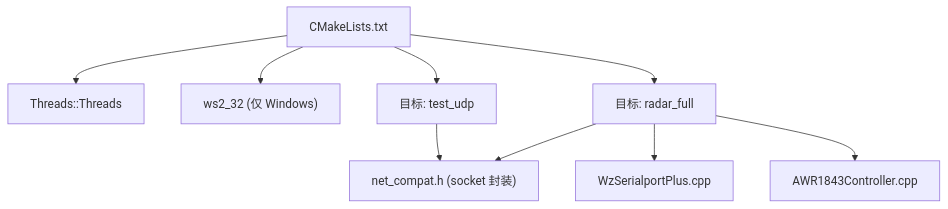
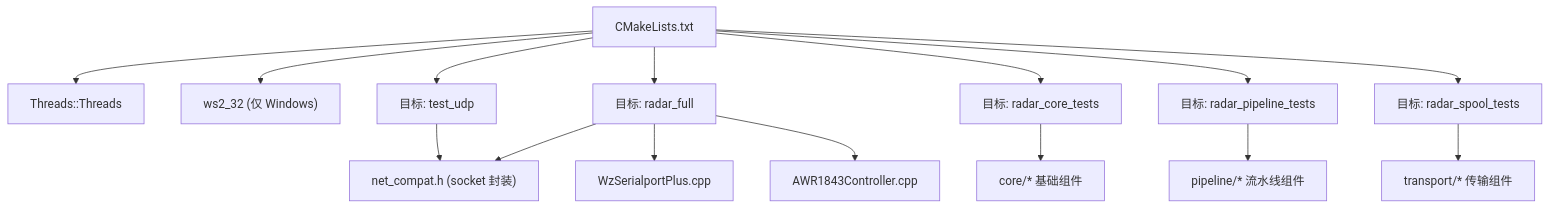
One commit to Lukad77/awr1843-radar-toolkit changed the eighth of 8 diagrams in .qoder/repowiki/zh/content/构建系统与运行入口.md. Above: the diagram before and after it, drawn with Mermaid. The commit also changed other lines of this file and 11 other files, not shown here.

````diff
--- a/.qoder/repowiki/zh/content/构建系统与运行入口.md
+++ b/.qoder/repowiki/zh/content/构建系统与运行入口.md
@@ -212,11 +399,17 @@
 ```mermaid
 graph TB
 CMake["CMakeLists.txt"] --> Th["Threads::Threads"]
 CMake --> WS["ws2_32 (仅 Windows)"]
 CMake --> TU["目标: test_udp"]
 CMake --> RF["目标: radar_full"]
+CMake --> CT["目标: radar_core_tests"]
+CMake --> PT["目标: radar_pipeline_tests"]
+CMake --> ST["目标: radar_spool_tests"]
 TU --> Net["net_compat.h (socket 封装)"]
 RF --> Net
 RF --> Ser["WzSerialportPlus.cpp"]
 RF --> Ctrl["AWR1843Controller.cpp"]
+CT --> Core["core/* 基础组件"]
+PT --> Pipe["pipeline/* 流水线组件"]
+ST --> Trans["transport/* 传输组件"]
 ```
````
